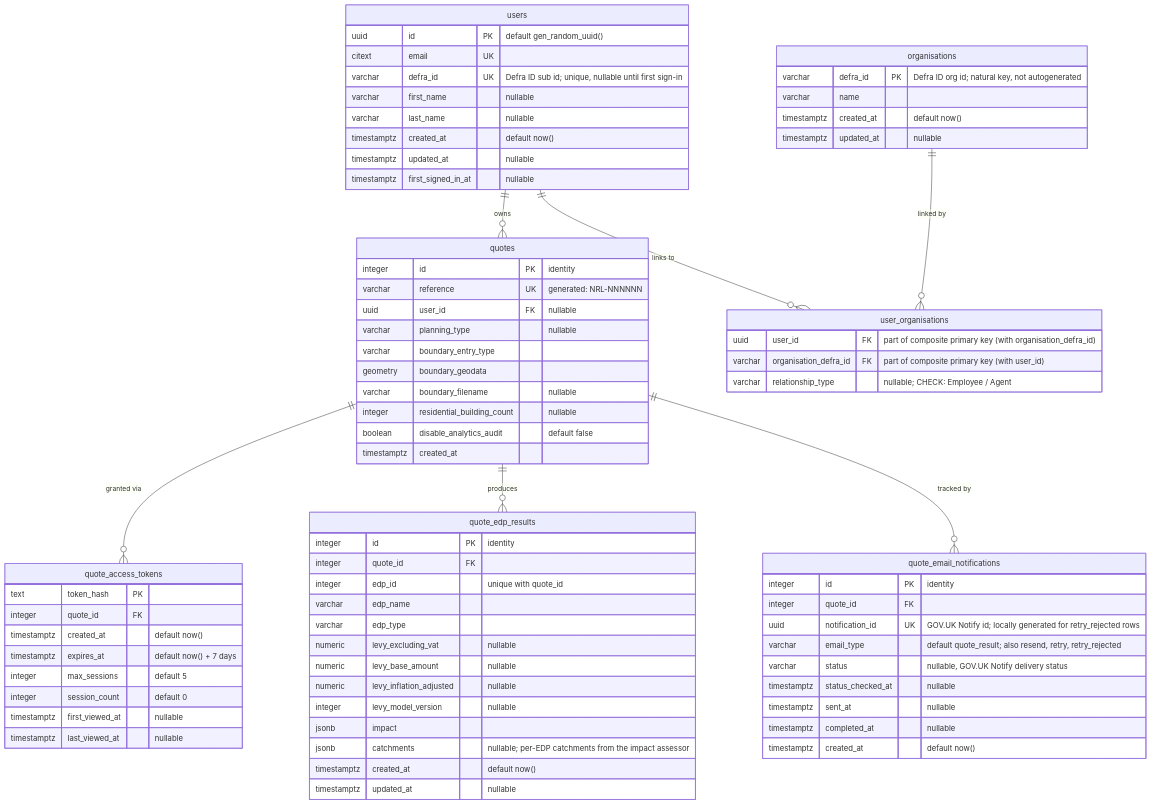
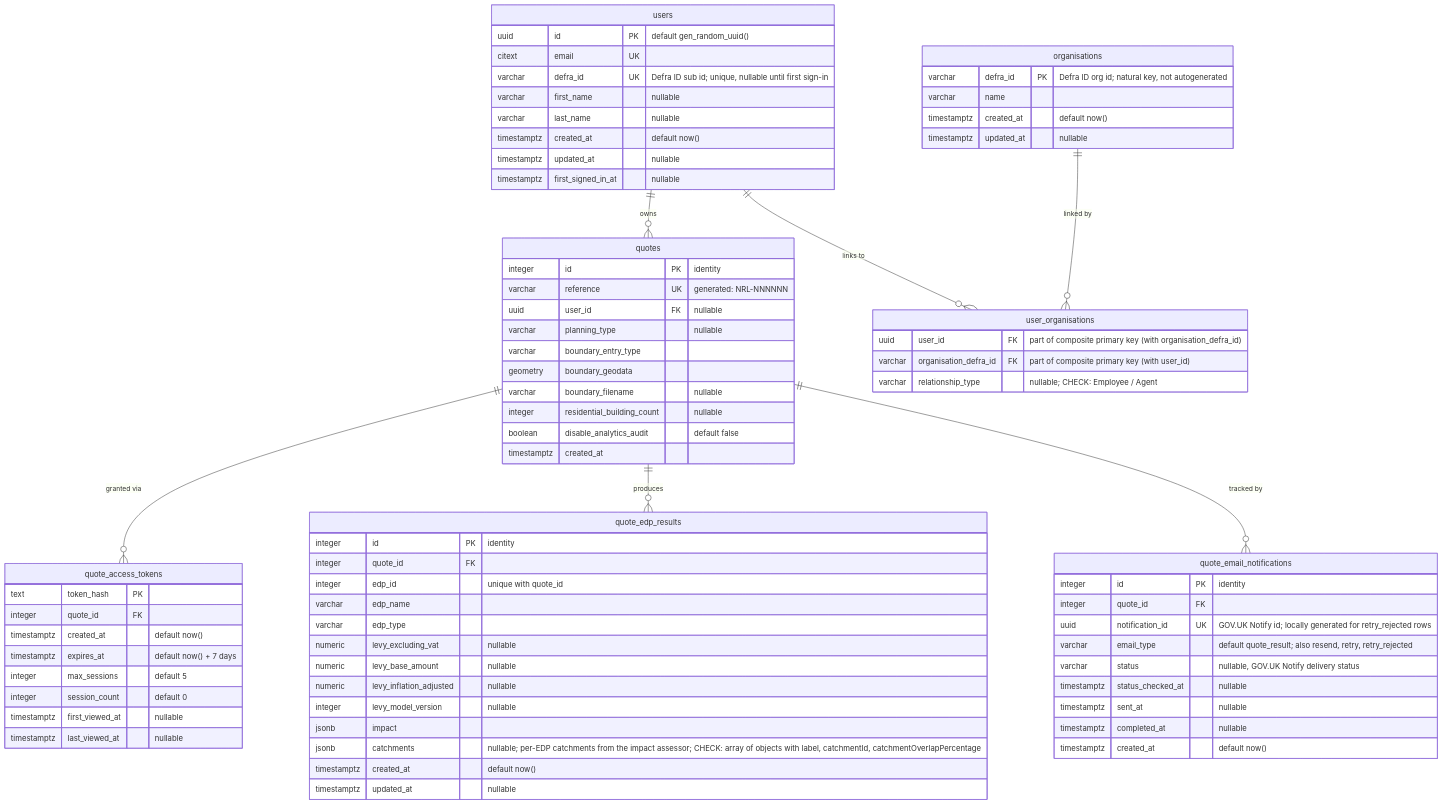
One commit to DEFRA/nrf-backend changed the diagram in docs/quote-database-diagram.md. Above: the diagram before and after it, drawn with Mermaid. The commit also changed other lines of this file and 1 other file, not shown here.

Commit message:
add check constraint

```diff
--- a/docs/quote-database-diagram.md
+++ b/docs/quote-database-diagram.md
@@ -75,7 +75,7 @@
         numeric levy_inflation_adjusted "nullable"
         integer levy_model_version "nullable"
         jsonb impact
-        jsonb catchments "nullable; per-EDP catchments from the impact assessor"
+        jsonb catchments "nullable; per-EDP catchments from the impact assessor; CHECK: array of objects with label, catchmentId, catchmentOverlapPercentage"
         timestamptz created_at "default now()"
         timestamptz updated_at "nullable"
     }
```
